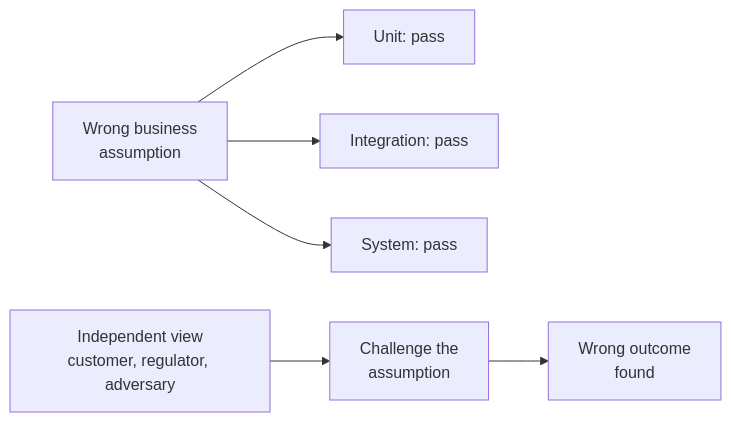
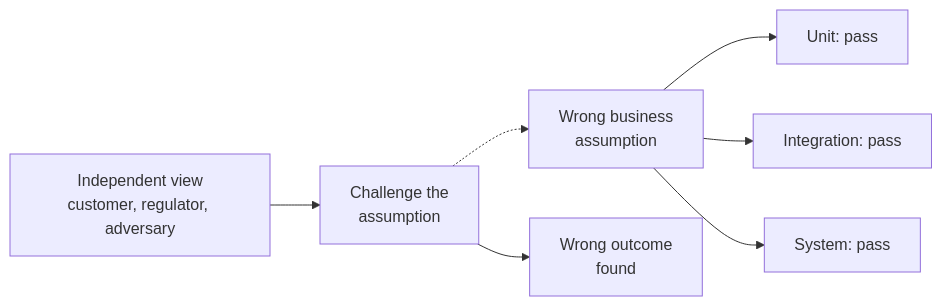
The eighth of 13 diagrams in examples/semantic-testing-deep-dive.md (Laticent/lattice), drawn with Mermaid before and after one commit. The commit also changed other lines of this file and 1 other file, not shown here.

````diff
--- a/examples/semantic-testing-deep-dive.md
+++ b/examples/semantic-testing-deep-dive.md
@@ -654,8 +650,9 @@
 ```mermaid
 flowchart LR
   A["Wrong business<br/>assumption"] --> U["Unit: pass"]
   A --> I["Integration: pass"]
   A --> S["System: pass"]
   X["Independent view<br/>customer, regulator, adversary"] --> C["Challenge the<br/>assumption"]
+  C -.-> A
   C --> F["Wrong outcome<br/>found"]
 ```
````
